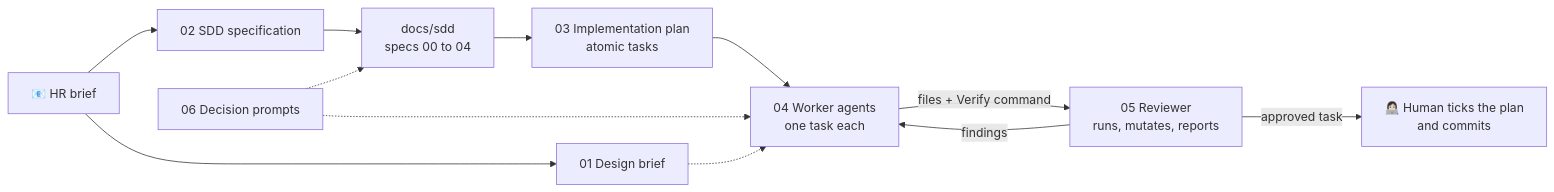
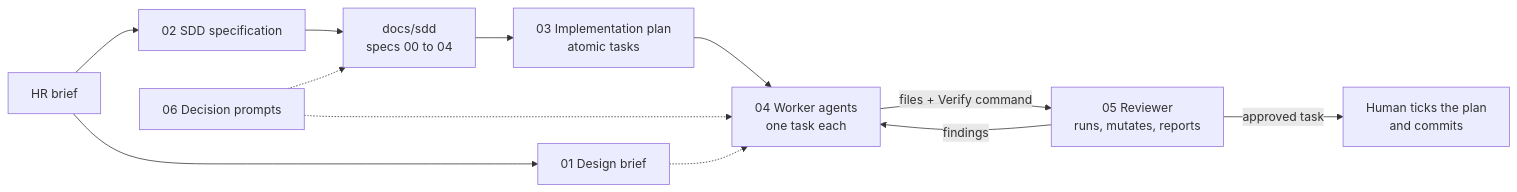
The diagram in prompts/README.md (Valentina17varela/calculator-sz), drawn with Mermaid before and after one commit. The commit also changed 7 other files, not shown here.

````diff
--- a/prompts/README.md
+++ b/prompts/README.md
@@ -12,14 +12,14 @@
 ```mermaid
 flowchart LR
-    HR["📧 HR brief"] --> P1["01 Design brief"]
+    HR["HR brief"] --> P1["01 Design brief"]
     HR --> P2["02 SDD specification"]
     P2 --> DOCS["docs/sdd<br/>specs 00 to 04"]
     DOCS --> P3["03 Implementation plan<br/>atomic tasks"]
     P3 --> W["04 Worker agents<br/>one task each"]
     W -->|"files + Verify command"| R["05 Reviewer<br/>runs, mutates, reports"]
     R -->|"findings"| W
-    R -->|"approved task"| H["👩🏻‍💻 Human ticks the plan<br/>and commits"]
+    R -->|"approved task"| H["Human ticks the plan<br/>and commits"]
     D["06 Decision prompts"] -.-> DOCS
     D -.-> W
     P1 -.-> W
 ```
````
